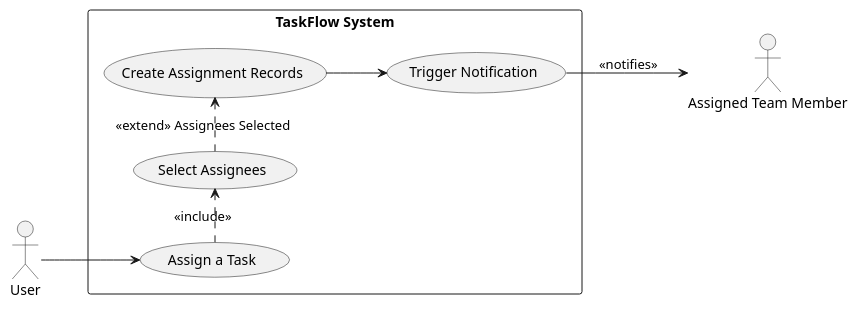
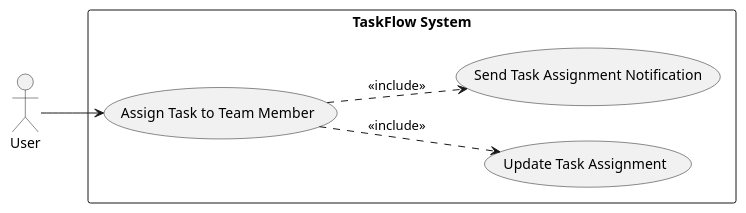
The third of 9 diagrams in artifacts/spec/spec.md (Chaman532003/framework), drawn with PlantUML before and after one commit. The commit also changed other lines of this file, not shown here.

````diff
--- a/artifacts/spec/spec.md
+++ b/artifacts/spec/spec.md
@@ -368,22 +360,18 @@
 ```plantuml
 @startuml
 left to right direction
 skinparam packageStyle rectangle
 
 actor User
-actor "Assigned Team Member" as TeamMember
 
 rectangle "TaskFlow System" {
-  usecase (Assign a Task) as UC4
-  usecase (Select Assignees) as UC4a
-  usecase (Create Assignment Records) as UC4b
-  usecase (Trigger Notification) as UC4c
+  usecase (Assign Task to Team Member) as UC4
+  usecase (Update Task Assignment) as UC_UpdateAssignment
+  usecase (Send Task Assignment Notification) as UC_Notify
 }
 
 User --> UC4
-UC4 .> UC4a : <<include>>
-UC4a .> UC4b : <<extend>> Assignees Selected
-UC4b --> UC4c
-UC4c --> TeamMember : <<notifies>>
+UC4 ..> UC_UpdateAssignment : <<include>>
+UC4 ..> UC_Notify : <<include>>
 @enduml
 ```
````
